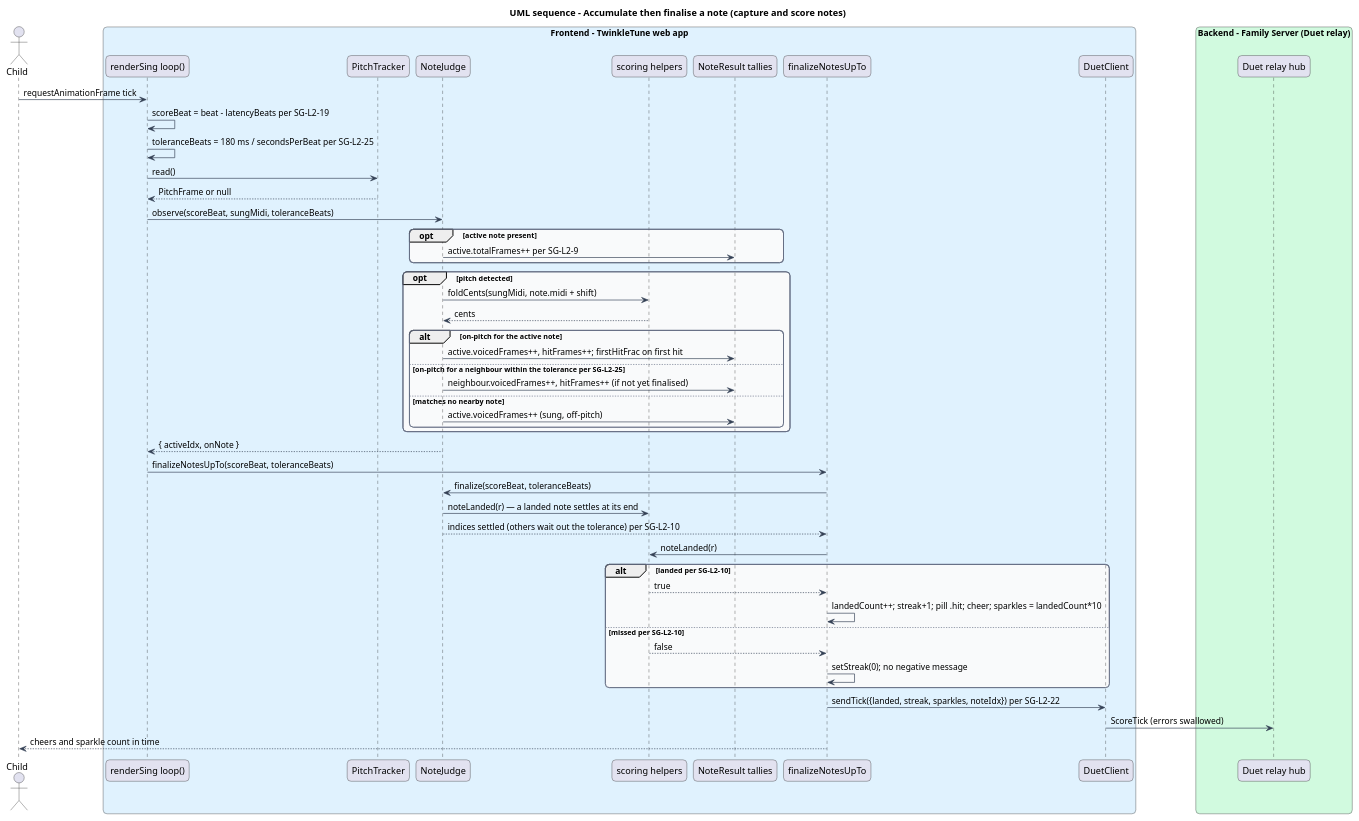
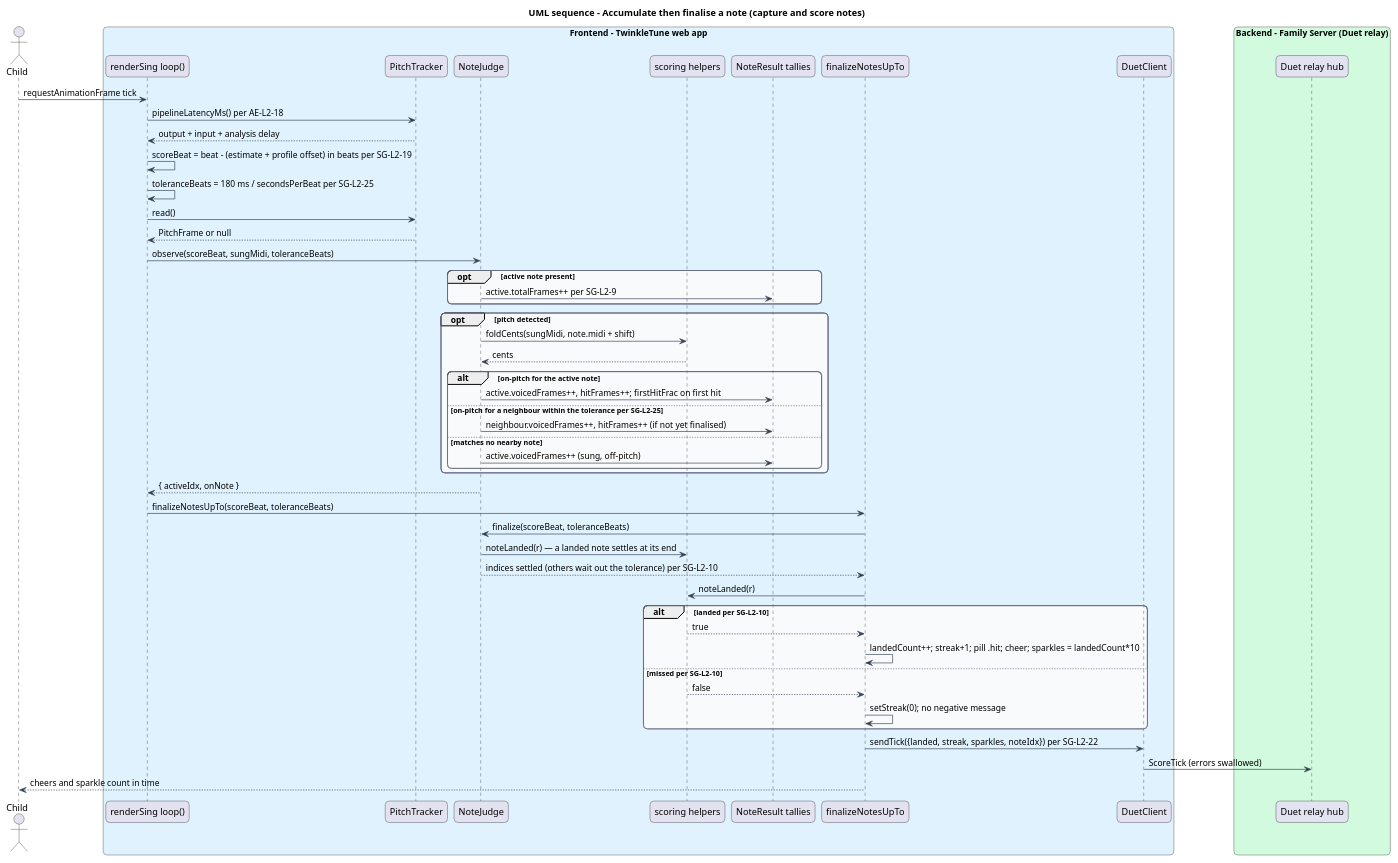
One commit to QuinntyneBrown/TwinkleTune changed the diagram in docs/detailed-designs/singing-gameplay/capture-and-score-notes/diagrams/sequence-accumulate-and-finalise.puml. Above: the diagram before and after it, drawn with PlantUML. The commit also changed 13 other files, not shown here.

First line of the commit message:
Specify automatic pipeline latency compensation (AE-L2-18, SG-L2-19)

```diff
--- a/docs/detailed-designs/singing-gameplay/capture-and-score-notes/diagrams/sequence-accumulate-and-finalise.puml
+++ b/docs/detailed-designs/singing-gameplay/capture-and-score-notes/diagrams/sequence-accumulate-and-finalise.puml
@@ -1,67 +1,69 @@
 @startuml
 title UML sequence - Accumulate then finalise a note (capture and score notes)
 skinparam backgroundColor #FFFFFF
 skinparam shadowing false
 skinparam roundcorner 12
 skinparam defaultFontName Arial
 skinparam ArrowColor #344054
 skinparam rectangle {
   BorderColor #344054
   FontColor #101828
 }
 skinparam package {
   BorderColor #667085
   FontColor #101828
   BackgroundColor #F9FAFB
 }
 actor "Child" as child
 box "Frontend - TwinkleTune web app" #E0F2FE
   participant "renderSing loop()" as rloop
   participant "PitchTracker" as tracker
   participant "NoteJudge" as judge
   participant "scoring helpers" as scoring
   participant "NoteResult tallies" as results
   participant "finalizeNotesUpTo" as finalize
   participant "DuetClient" as duet
 end box
 box "Backend - Family Server (Duet relay)" #D1FADF
   participant "Duet relay hub" as hub
 end box
 
 child -> rloop : requestAnimationFrame tick
-rloop -> rloop : scoreBeat = beat - latencyBeats per SG-L2-19
+rloop -> tracker : pipelineLatencyMs() per AE-L2-18
+tracker --> rloop : output + input + analysis delay
+rloop -> rloop : scoreBeat = beat - (estimate + profile offset) in beats per SG-L2-19
 rloop -> rloop : toleranceBeats = 180 ms / secondsPerBeat per SG-L2-25
 rloop -> tracker : read()
 tracker --> rloop : PitchFrame or null
 rloop -> judge : observe(scoreBeat, sungMidi, toleranceBeats)
 opt active note present
   judge -> results : active.totalFrames++ per SG-L2-9
 end
 opt pitch detected
   judge -> scoring : foldCents(sungMidi, note.midi + shift)
   scoring --> judge : cents
   alt on-pitch for the active note
     judge -> results : active.voicedFrames++, hitFrames++; firstHitFrac on first hit
   else on-pitch for a neighbour within the tolerance per SG-L2-25
     judge -> results : neighbour.voicedFrames++, hitFrames++ (if not yet finalised)
   else matches no nearby note
     judge -> results : active.voicedFrames++ (sung, off-pitch)
   end
 end
 judge --> rloop : { activeIdx, onNote }
 rloop -> finalize : finalizeNotesUpTo(scoreBeat, toleranceBeats)
 finalize -> judge : finalize(scoreBeat, toleranceBeats)
 judge -> scoring : noteLanded(r) — a landed note settles at its end
 judge --> finalize : indices settled (others wait out the tolerance) per SG-L2-10
 finalize -> scoring : noteLanded(r)
 alt landed per SG-L2-10
   scoring --> finalize : true
   finalize -> finalize : landedCount++; streak+1; pill .hit; cheer; sparkles = landedCount*10
 else missed per SG-L2-10
   scoring --> finalize : false
   finalize -> finalize : setStreak(0); no negative message
 end
 finalize -> duet : sendTick({landed, streak, sparkles, noteIdx}) per SG-L2-22
 duet -> hub : ScoreTick (errors swallowed)
 finalize --> child : cheers and sparkle count in time
 @enduml
```
